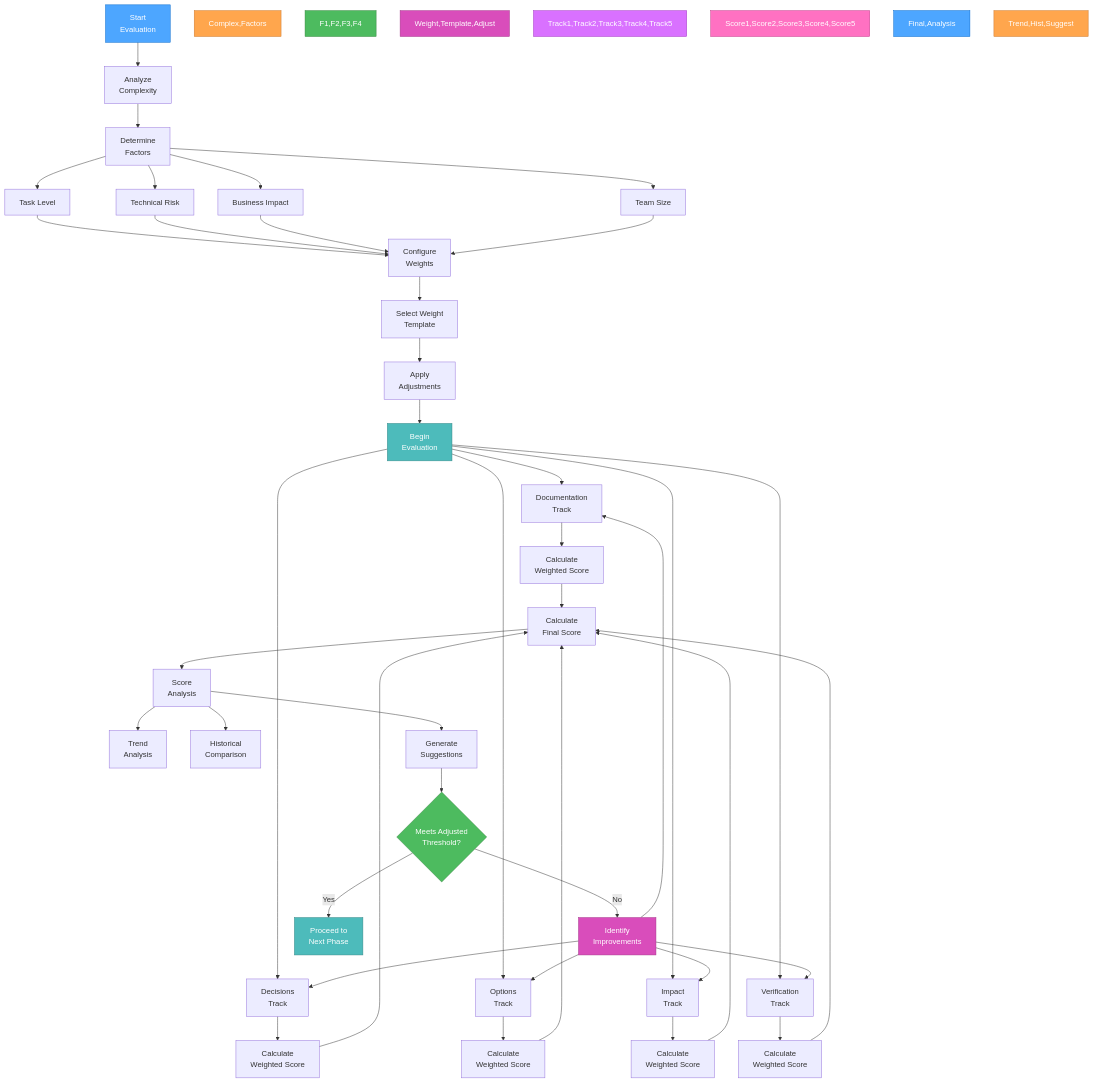
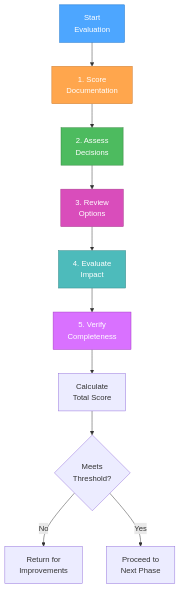
One commit to 7Spade/cursor-memory-bank changed the third of 4 diagrams in .cursor/rules/isolation_rules/Core/creative-phase-metrics.mdc. Above: the diagram before and after it, drawn with Mermaid. The commit also changed other lines of this file and 4 other files, not shown here.

Commit message:
feat: Revise creative phase enforcement and metrics documentation; streamline task tracking processes, enhance verification protocols, and update task entry templates to improve clarity and efficiency in project management.

````diff
--- a/.cursor/rules/isolation_rules/Core/creative-phase-metrics.mdc
+++ b/.cursor/rules/isolation_rules/Core/creative-phase-metrics.mdc
@@ -227,66 +106,19 @@
 ```mermaid
 graph TD
-    Start["Start<br>Evaluation"] --> Complex["Analyze<br>Complexity"]
-    
-    Complex --> Factors["Determine<br>Factors"]
-    Factors --> F1["Task Level"]
-    Factors --> F2["Technical Risk"]
-    Factors --> F3["Business Impact"]
-    Factors --> F4["Team Size"]
-    
-    F1 --> Weight["Configure<br>Weights"]
-    F2 --> Weight
-    F3 --> Weight
-    F4 --> Weight
-    
-    Weight --> Template["Select Weight<br>Template"]
-    Template --> Adjust["Apply<br>Adjustments"]
-    
-    Adjust --> Eval["Begin<br>Evaluation"]
-    
-    Eval --> Track1["Documentation<br>Track"]
-    Eval --> Track2["Decisions<br>Track"]
-    Eval --> Track3["Options<br>Track"]
-    Eval --> Track4["Impact<br>Track"]
-    Eval --> Track5["Verification<br>Track"]
-    
-    Track1 --> Score1["Calculate<br>Weighted Score"]
-    Track2 --> Score2["Calculate<br>Weighted Score"]
-    Track3 --> Score3["Calculate<br>Weighted Score"]
-    Track4 --> Score4["Calculate<br>Weighted Score"]
-    Track5 --> Score5["Calculate<br>Weighted Score"]
-    
-    Score1 --> Final["Calculate<br>Final Score"]
-    Score2 --> Final
-    Score3 --> Final
-    Score4 --> Final
-    Score5 --> Final
-    
-    Final --> Analysis["Score<br>Analysis"]
-    Analysis --> Trend["Trend<br>Analysis"]
-    Analysis --> Hist["Historical<br>Comparison"]
-    Analysis --> Suggest["Generate<br>Suggestions"]
-    
-    Suggest --> Check{"Meets Adjusted<br>Threshold?"}
-    Check -->|No| Improve["Identify<br>Improvements"]
+    Start["Start<br>Evaluation"] --> Doc["1. Score<br>Documentation"]
+    Doc --> Dec["2. Assess<br>Decisions"]
+    Dec --> Opt["3. Review<br>Options"]
+    Opt --> Imp["4. Evaluate<br>Impact"]
+    Imp --> Ver["5. Verify<br>Completeness"]
+    Ver --> Total["Calculate<br>Total Score"]
+    Total --> Check{"Meets<br>Threshold?"}
+    Check -->|No| Return["Return for<br>Improvements"]
     Check -->|Yes| Proceed["Proceed to<br>Next Phase"]
     
-    Improve --> Track1
-    Improve --> Track2
-    Improve --> Track3
-    Improve --> Track4
-    Improve --> Track5
-    
     style Start fill:#4da6ff,stroke:#0066cc,color:white
-    style Complex,Factors fill:#ffa64d,stroke:#cc7a30,color:white
-    style F1,F2,F3,F4 fill:#4dbb5f,stroke:#36873f,color:white
-    style Weight,Template,Adjust fill:#d94dbb,stroke:#a3378a,color:white
-    style Eval fill:#4dbbbb,stroke:#368787,color:white
-    style Track1,Track2,Track3,Track4,Track5 fill:#d971ff,stroke:#a33bc2,color:white
-    style Score1,Score2,Score3,Score4,Score5 fill:#ff71c2,stroke:#c23b8a,color:white
-    style Final,Analysis fill:#4da6ff,stroke:#0066cc,color:white
-    style Trend,Hist,Suggest fill:#ffa64d,stroke:#cc7a30,color:white
-    style Check fill:#4dbb5f,stroke:#36873f,color:white
-    style Improve fill:#d94dbb,stroke:#a3378a,color:white
-    style Proceed fill:#4dbbbb,stroke:#368787,color:white
+    style Doc fill:#ffa64d,stroke:#cc7a30,color:white
+    style Dec fill:#4dbb5f,stroke:#36873f,color:white
+    style Opt fill:#d94dbb,stroke:#a3378a,color:white
+    style Imp fill:#4dbbbb,stroke:#368787,color:white
+    style Ver fill:#d971ff,stroke:#a33bc2,color:white
 ```
````
